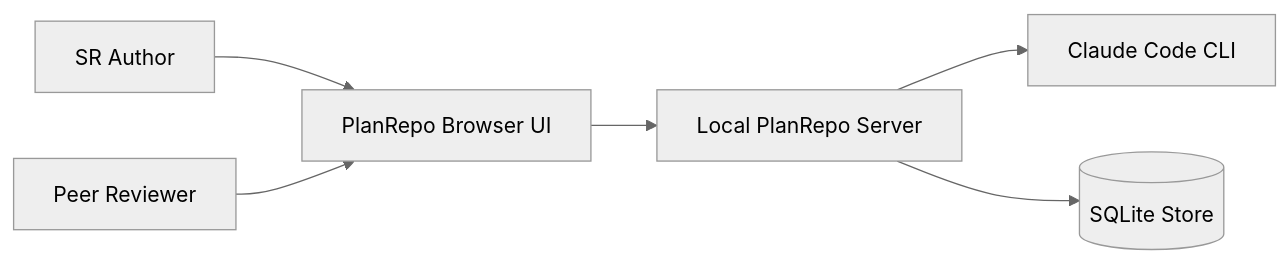
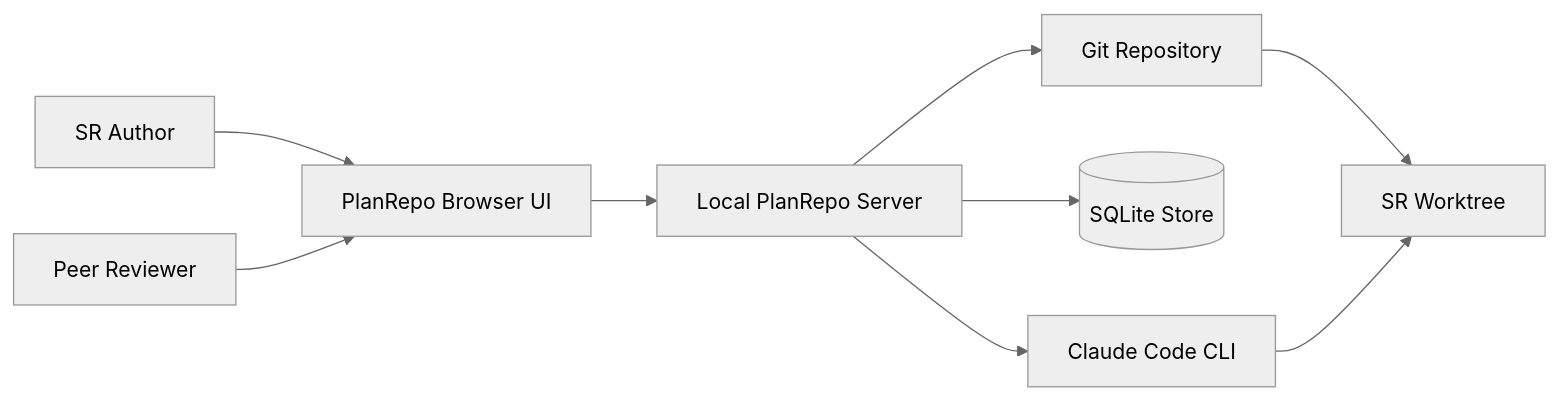
Before and after one commit to maruachi/planrepo-ddthon: the diagram in aidlc-docs/inception/reverse-engineering/business-overview.md, drawn with Mermaid (neutral theme). The commit also changed other lines of this file and 138 other files, not shown here.

````diff
--- a/aidlc-docs/inception/reverse-engineering/business-overview.md
+++ b/aidlc-docs/inception/reverse-engineering/business-overview.md
@@ -5,14 +5,19 @@
 ```mermaid
 flowchart LR
     Author[SR Author]
     Reviewer[Peer Reviewer]
     Browser[PlanRepo Browser UI]
     Server[Local PlanRepo Server]
     Claude[Claude Code CLI]
     Store[(SQLite Store)]
+    Repo[Git Repository]
+    Worktree[SR Worktree]
     Author --> Browser
     Reviewer --> Browser
     Browser --> Server
     Server --> Claude
     Server --> Store
+    Server --> Repo
+    Repo --> Worktree
+    Claude --> Worktree
 ```
````
